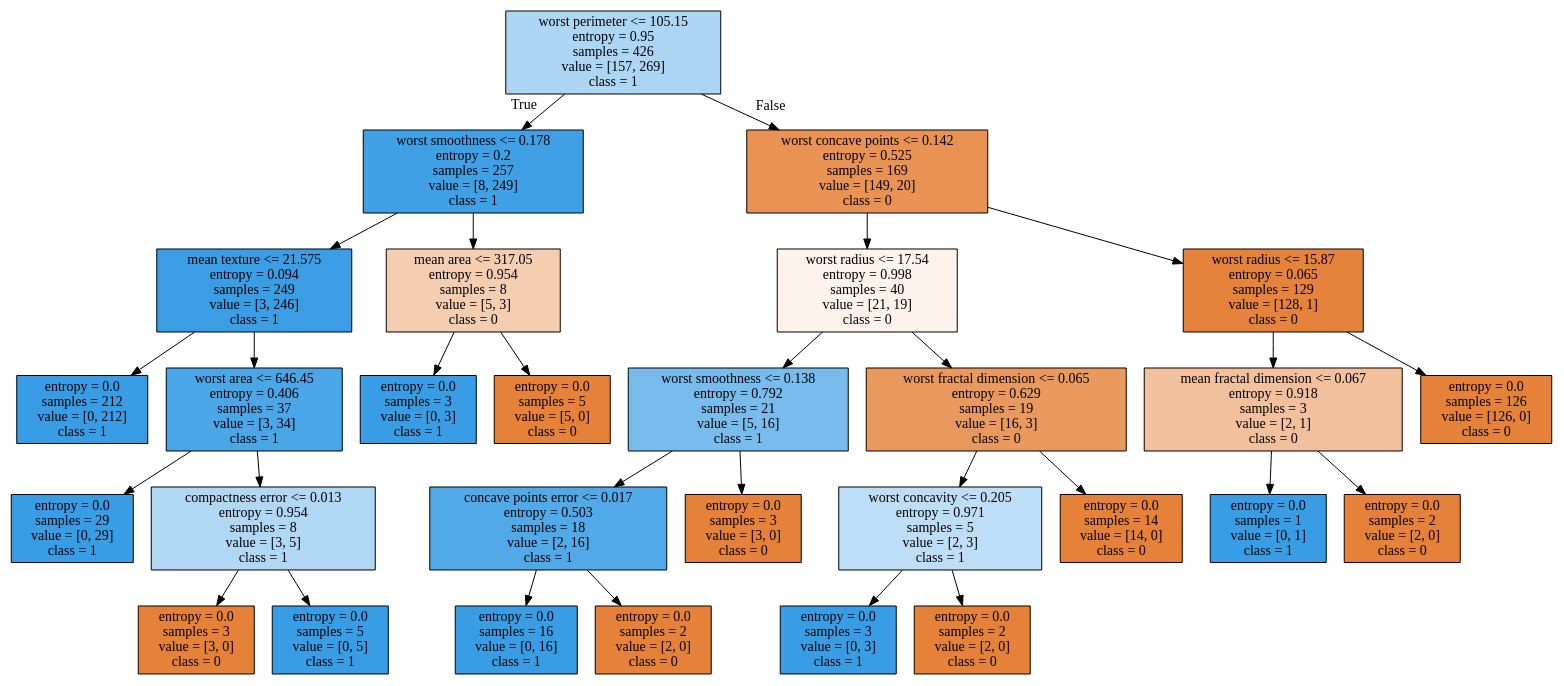
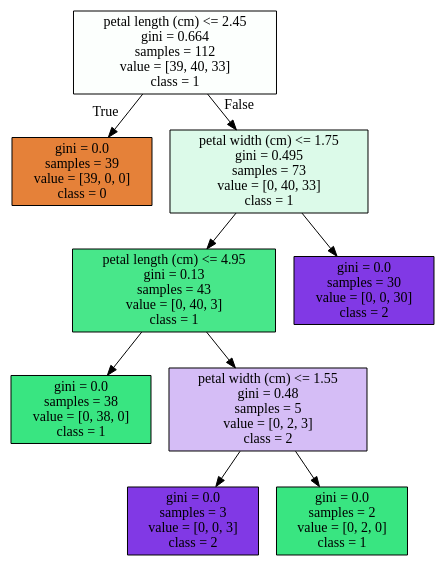
The diagram in tree.dot (Soniyasunny1/3950_Workbooks), drawn with Graphviz before and after one commit. The commit also changed 22 other files, not shown here.

```diff
--- a/tree.dot
+++ b/tree.dot
@@ -1,60 +1,20 @@
 digraph Tree {
 node [shape=box, style="filled", color="black"] ;
-0 [label="worst perimeter <= 105.15\nentropy = 0.95\nsamples = 426\nvalue = [157, 269]\nclass = 1", fillcolor="#add6f4"] ;
-1 [label="worst smoothness <= 0.178\nentropy = 0.2\nsamples = 257\nvalue = [8, 249]\nclass = 1", fillcolor="#3fa0e6"] ;
+0 [label="petal length (cm) <= 2.45\ngini = 0.664\nsamples = 112\nvalue = [39, 40, 33]\nclass = 1", fillcolor="#fcfffd"] ;
+1 [label="gini = 0.0\nsamples = 39\nvalue = [39, 0, 0]\nclass = 0", fillcolor="#e58139"] ;
 0 -> 1 [labeldistance=2.5, labelangle=45, headlabel="True"] ;
-2 [label="mean texture <= 21.575\nentropy = 0.094\nsamples = 249\nvalue = [3, 246]\nclass = 1", fillcolor="#3b9ee5"] ;
-1 -> 2 ;
-3 [label="entropy = 0.0\nsamples = 212\nvalue = [0, 212]\nclass = 1", fillcolor="#399de5"] ;
+2 [label="petal width (cm) <= 1.75\ngini = 0.495\nsamples = 73\nvalue = [0, 40, 33]\nclass = 1", fillcolor="#dcfae9"] ;
+0 -> 2 [labeldistance=2.5, labelangle=-45, headlabel="False"] ;
+3 [label="petal length (cm) <= 4.95\ngini = 0.13\nsamples = 43\nvalue = [0, 40, 3]\nclass = 1", fillcolor="#48e78a"] ;
 2 -> 3 ;
-4 [label="worst area <= 646.45\nentropy = 0.406\nsamples = 37\nvalue = [3, 34]\nclass = 1", fillcolor="#4aa6e7"] ;
-2 -> 4 ;
-5 [label="entropy = 0.0\nsamples = 29\nvalue = [0, 29]\nclass = 1", fillcolor="#399de5"] ;
-4 -> 5 ;
-6 [label="compactness error <= 0.013\nentropy = 0.954\nsamples = 8\nvalue = [3, 5]\nclass = 1", fillcolor="#b0d8f5"] ;
-4 -> 6 ;
-7 [label="entropy = 0.0\nsamples = 3\nvalue = [3, 0]\nclass = 0", fillcolor="#e58139"] ;
-6 -> 7 ;
-8 [label="entropy = 0.0\nsamples = 5\nvalue = [0, 5]\nclass = 1", fillcolor="#399de5"] ;
-6 -> 8 ;
-9 [label="mean area <= 317.05\nentropy = 0.954\nsamples = 8\nvalue = [5, 3]\nclass = 0", fillcolor="#f5cdb0"] ;
-1 -> 9 ;
-10 [label="entropy = 0.0\nsamples = 3\nvalue = [0, 3]\nclass = 1", fillcolor="#399de5"] ;
-9 -> 10 ;
-11 [label="entropy = 0.0\nsamples = 5\nvalue = [5, 0]\nclass = 0", fillcolor="#e58139"] ;
-9 -> 11 ;
-12 [label="worst concave points <= 0.142\nentropy = 0.525\nsamples = 169\nvalue = [149, 20]\nclass = 0", fillcolor="#e89254"] ;
-0 -> 12 [labeldistance=2.5, labelangle=-45, headlabel="False"] ;
-13 [label="worst radius <= 17.54\nentropy = 0.998\nsamples = 40\nvalue = [21, 19]\nclass = 0", fillcolor="#fdf3ec"] ;
-12 -> 13 ;
-14 [label="worst smoothness <= 0.138\nentropy = 0.792\nsamples = 21\nvalue = [5, 16]\nclass = 1", fillcolor="#77bced"] ;
-13 -> 14 ;
-15 [label="concave points error <= 0.017\nentropy = 0.503\nsamples = 18\nvalue = [2, 16]\nclass = 1", fillcolor="#52a9e8"] ;
-14 -> 15 ;
-16 [label="entropy = 0.0\nsamples = 16\nvalue = [0, 16]\nclass = 1", fillcolor="#399de5"] ;
-15 -> 16 ;
-17 [label="entropy = 0.0\nsamples = 2\nvalue = [2, 0]\nclass = 0", fillcolor="#e58139"] ;
-15 -> 17 ;
-18 [label="entropy = 0.0\nsamples = 3\nvalue = [3, 0]\nclass = 0", fillcolor="#e58139"] ;
-14 -> 18 ;
-19 [label="worst fractal dimension <= 0.065\nentropy = 0.629\nsamples = 19\nvalue = [16, 3]\nclass = 0", fillcolor="#ea995e"] ;
-13 -> 19 ;
-20 [label="worst concavity <= 0.205\nentropy = 0.971\nsamples = 5\nvalue = [2, 3]\nclass = 1", fillcolor="#bddef6"] ;
-19 -> 20 ;
-21 [label="entropy = 0.0\nsamples = 3\nvalue = [0, 3]\nclass = 1", fillcolor="#399de5"] ;
-20 -> 21 ;
-22 [label="entropy = 0.0\nsamples = 2\nvalue = [2, 0]\nclass = 0", fillcolor="#e58139"] ;
-20 -> 22 ;
-23 [label="entropy = 0.0\nsamples = 14\nvalue = [14, 0]\nclass = 0", fillcolor="#e58139"] ;
-19 -> 23 ;
-24 [label="worst radius <= 15.87\nentropy = 0.065\nsamples = 129\nvalue = [128, 1]\nclass = 0", fillcolor="#e5823b"] ;
-12 -> 24 ;
-25 [label="mean fractal dimension <= 0.067\nentropy = 0.918\nsamples = 3\nvalue = [2, 1]\nclass = 0", fillcolor="#f2c09c"] ;
-24 -> 25 ;
-26 [label="entropy = 0.0\nsamples = 1\nvalue = [0, 1]\nclass = 1", fillcolor="#399de5"] ;
-25 -> 26 ;
-27 [label="entropy = 0.0\nsamples = 2\nvalue = [2, 0]\nclass = 0", fillcolor="#e58139"] ;
-25 -> 27 ;
-28 [label="entropy = 0.0\nsamples = 126\nvalue = [126, 0]\nclass = 0", fillcolor="#e58139"] ;
-24 -> 28 ;
+4 [label="gini = 0.0\nsamples = 38\nvalue = [0, 38, 0]\nclass = 1", fillcolor="#39e581"] ;
+3 -> 4 ;
+5 [label="petal width (cm) <= 1.55\ngini = 0.48\nsamples = 5\nvalue = [0, 2, 3]\nclass = 2", fillcolor="#d5bdf6"] ;
+3 -> 5 ;
+6 [label="gini = 0.0\nsamples = 3\nvalue = [0, 0, 3]\nclass = 2", fillcolor="#8139e5"] ;
+5 -> 6 ;
+7 [label="gini = 0.0\nsamples = 2\nvalue = [0, 2, 0]\nclass = 1", fillcolor="#39e581"] ;
+5 -> 7 ;
+8 [label="gini = 0.0\nsamples = 30\nvalue = [0, 0, 30]\nclass = 2", fillcolor="#8139e5"] ;
+2 -> 8 ;
 }
```
